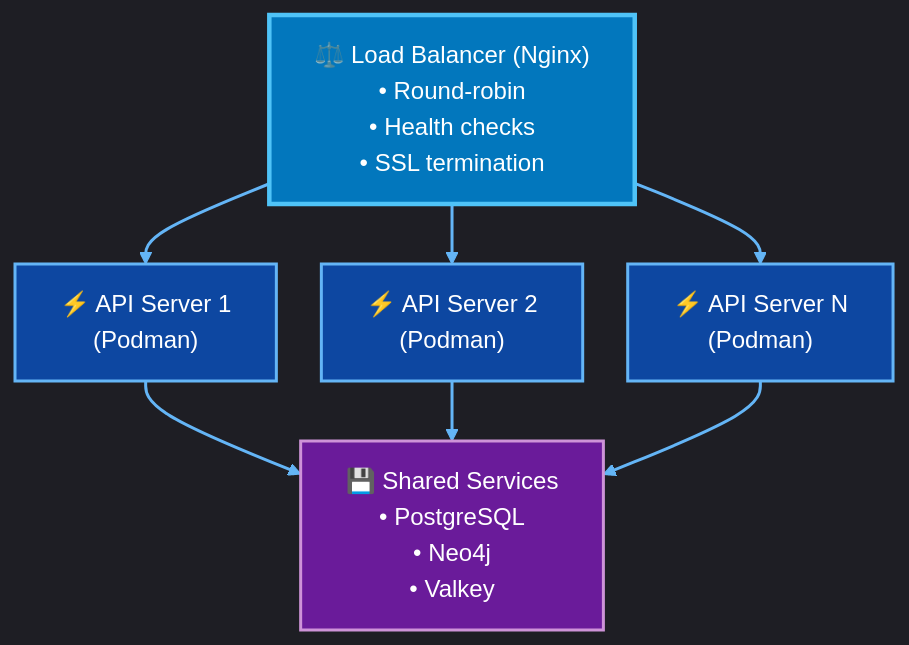
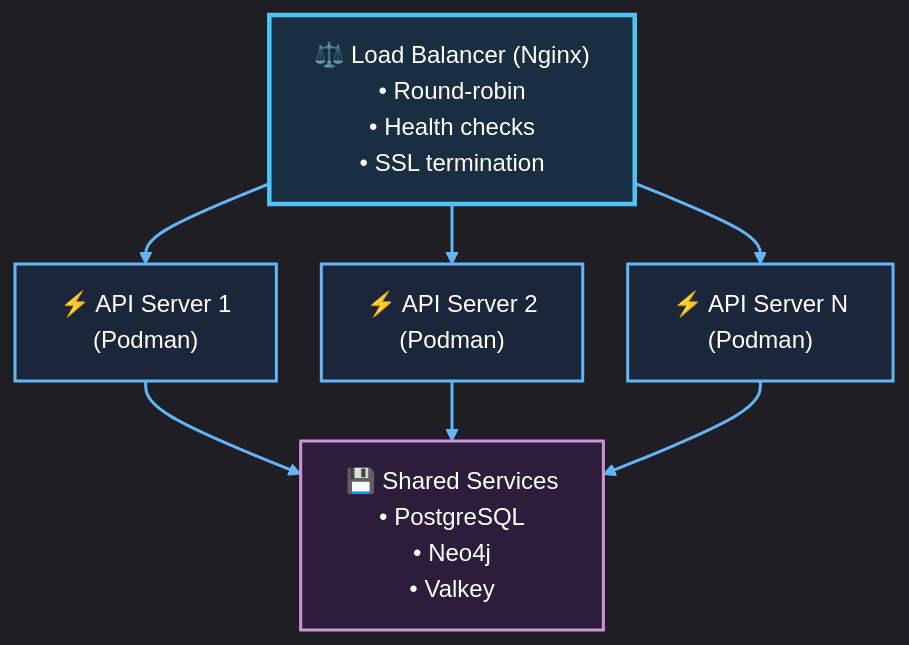
One commit to veics/rage_pitch changed diagram 20 of 24 in docs/ARCHITECTURE.md. Above: the diagram before and after it, drawn with Mermaid. The commit also changed other lines of this file and 8 other files, not shown here.

````diff
--- a/docs/ARCHITECTURE.md
+++ b/docs/ARCHITECTURE.md
@@ -1348,30 +1253,30 @@
 ```mermaid
 %%{init: {'theme':'dark', 'flowchart': {'nodeSpacing': 30, 'rankSpacing': 40, 'curve': 'basis'}}}%%
 flowchart TD
     %% Title: Horizontal Scaling Architecture
     LB["⚖️ Load Balancer (Nginx)<br/>• Round-robin<br/>• Health checks<br/>• SSL termination"]
     
     API1["⚡ API Server 1<br/>(Podman)"]
     API2["⚡ API Server 2<br/>(Podman)"]
     API3["⚡ API Server N<br/>(Podman)"]
     
     SHARED["💾 Shared Services<br/>• PostgreSQL<br/>• Neo4j<br/>• Valkey"]
     
     LB --> API1
     LB --> API2
     LB --> API3
     
     API1 --> SHARED
     API2 --> SHARED
     API3 --> SHARED
     
-    classDef lb fill:#0277bd,stroke:#4fc3f7,stroke-width:3px,color:#fff;
-    classDef api fill:#0d47a1,stroke:#64b5f6,stroke-width:2px,color:#fff;
-    classDef shared fill:#6a1b9a,stroke:#ce93d8,stroke-width:2px,color:#fff;
+    classDef lb fill:#0277bd,fill-opacity:0.18,stroke:#4fc3f7,stroke-width:3px,color:#fff;
+    classDef api fill:#0d47a1,fill-opacity:0.18,stroke:#64b5f6,stroke-width:2px,color:#fff;
+    classDef shared fill:#6a1b9a,fill-opacity:0.18,stroke:#ce93d8,stroke-width:2px,color:#fff;
     
     class LB lb;
     class API1,API2,API3 api;
     class SHARED shared;
     
     linkStyle default stroke:#64b5f6,stroke-width:2px;
 ```
````
